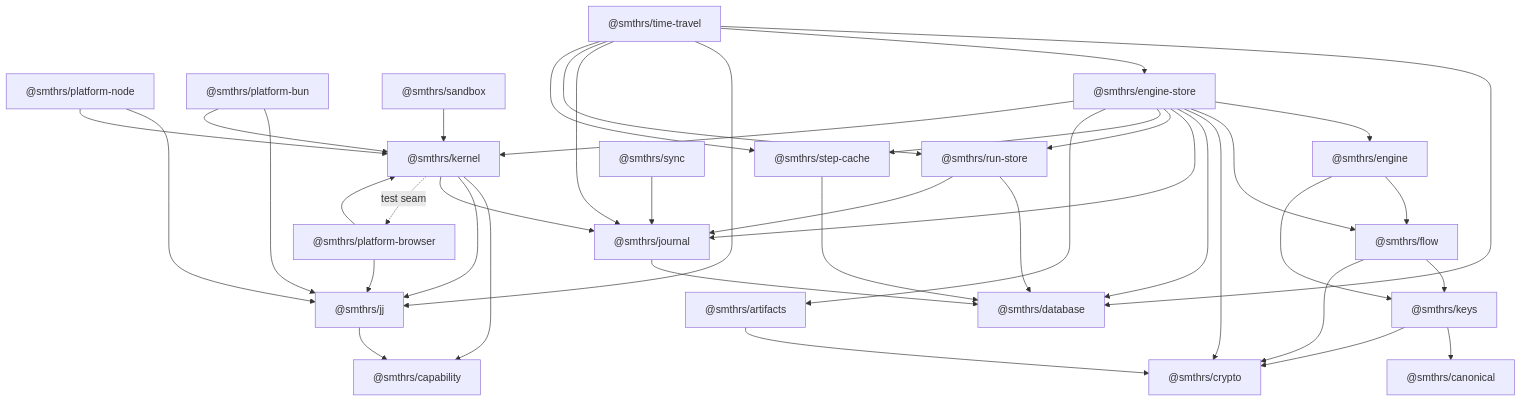
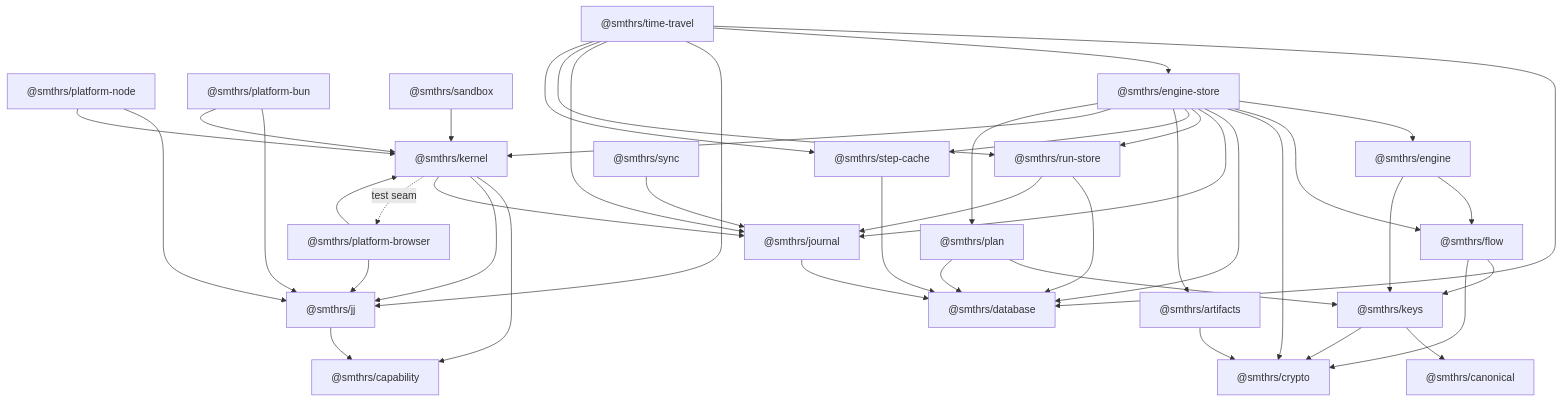
The diagram in docs/architecture/package-map.md (smithersai/flows), drawn with Mermaid before and after one commit. The commit also changed other lines of this file and 6 other files, not shown here.

````diff
--- a/docs/architecture/package-map.md
+++ b/docs/architecture/package-map.md
@@ -7,52 +7,55 @@
 ```mermaid
 flowchart TD
   PN["@smthrs/platform-node"]
   PBUN["@smthrs/platform-bun"]
   JJ["@smthrs/jj"]
   SB["@smthrs/sandbox"]
   PB["@smthrs/platform-browser"]
   D["@smthrs/database"]
   C["@smthrs/canonical"]
   Crypto["@smthrs/crypto"]
   CAP["@smthrs/capability"]
 
   J["@smthrs/journal"] --> D
   RS["@smthrs/run-store"] --> D
   RS --> J
   SC["@smthrs/step-cache"] --> D
   A["@smthrs/artifacts"] --> Crypto
   PB --> JJ
   PB --> K
   PN --> JJ
   PN --> K
   PBUN --> JJ
   PBUN --> K
   SB --> K
   K["@smthrs/kernel"] --> CAP
   K --> JJ
   K --> J
   K -.test seam.-> PB
   JJ --> CAP
   F["@smthrs/flow"] --> Keys["@smthrs/keys"]
   F --> Crypto
   W["@smthrs/engine"] --> F
   W --> Keys
   Keys --> C
   Keys --> Crypto
+  P["@smthrs/plan"] --> Keys
+  P --> D
   E["@smthrs/engine-store"] --> W
   E --> F
   E --> Crypto
   E --> D
   E --> J
   E --> RS
   E --> SC
   E --> A
   E --> K
+  E --> P
   S["@smthrs/sync"] --> J
   T["@smthrs/time-travel"] --> D
   T --> E
   T --> JJ
   T --> J
   T --> RS
   T --> SC
 ```
````
